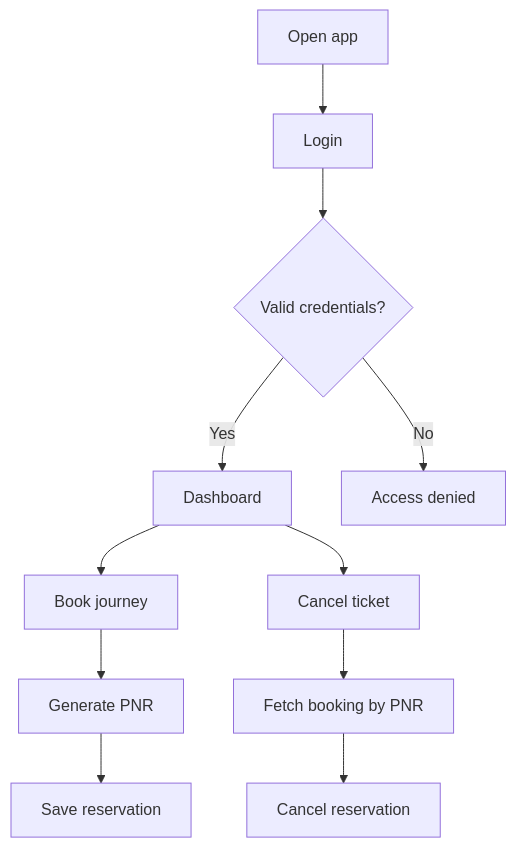
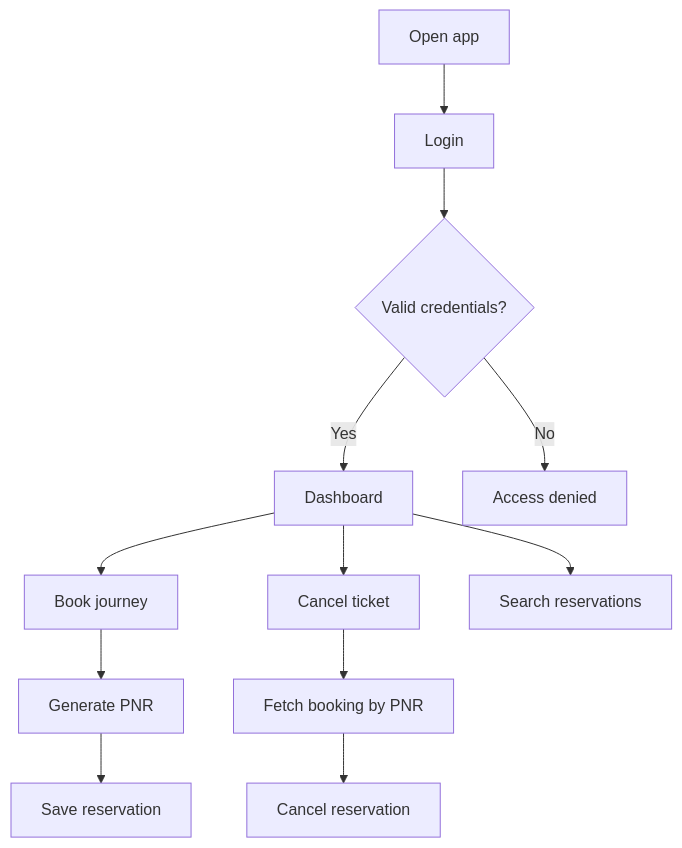
One commit to mohddilshadkhan2003/Online-Train-Reservation-System changed the second of 2 diagrams in README.md. Above: the diagram before and after it, drawn with Mermaid. The commit also changed other lines of this file and 1 other file, not shown here.

Commit message:
Add dynamic booking overview and stronger validation to the Railway Reservation System, and refresh the documentation to match the new features.

````diff
--- a/README.md
+++ b/README.md
@@ -36,13 +38,14 @@
 ```mermaid
 flowchart TD
     A[Open app] --> B[Login]
     B --> C{Valid credentials?}
     C -- Yes --> D[Dashboard]
     C -- No --> E[Access denied]
     D --> F[Book journey]
     D --> G[Cancel ticket]
-    F --> H[Generate PNR]
-    G --> I[Fetch booking by PNR]
-    H --> J[Save reservation]
-    I --> K[Cancel reservation]
+    D --> H[Search reservations]
+    F --> I[Generate PNR]
+    G --> J[Fetch booking by PNR]
+    I --> K[Save reservation]
+    J --> L[Cancel reservation]
 ```
````
